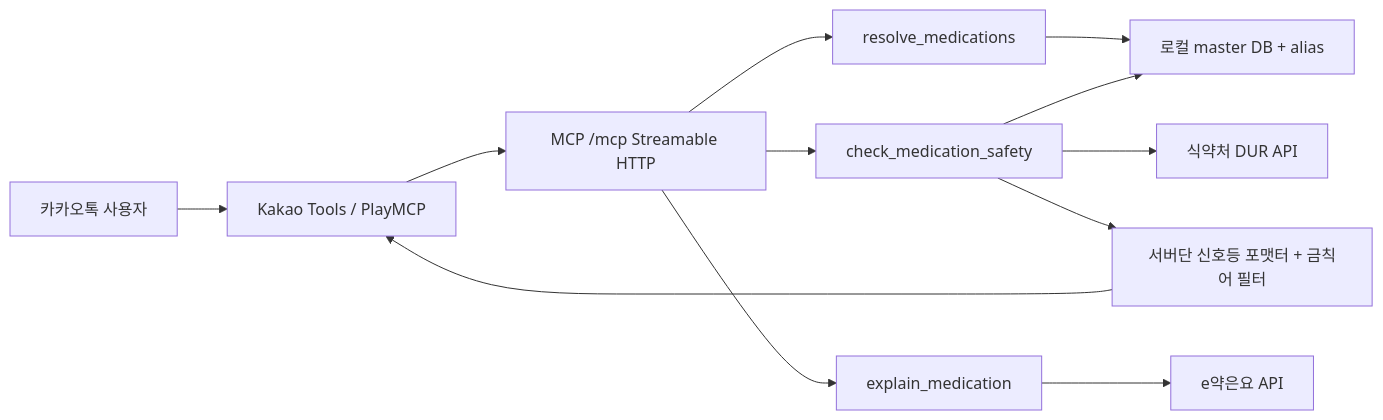
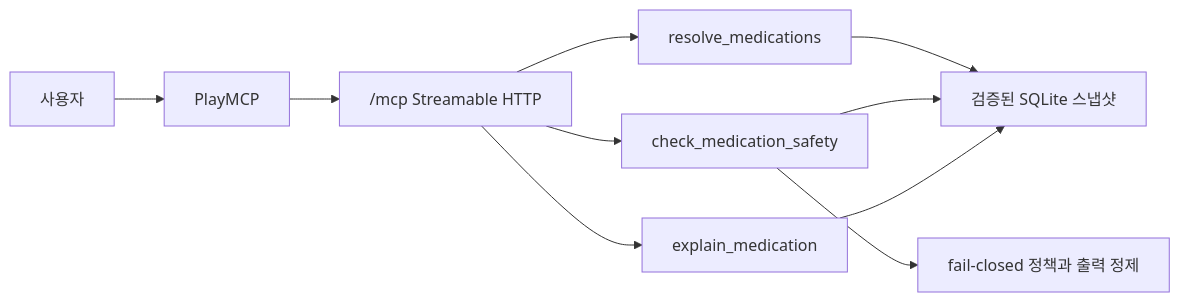
Before and after one commit to SIML-Seo/medsafe-bot: the diagram in design/00-overview.md, drawn with Mermaid. The commit also changed other lines of this file and 74 other files, not shown here.

````diff
--- a/design/00-overview.md
+++ b/design/00-overview.md
@@ -23,14 +9,12 @@
 ```mermaid
 flowchart LR
-  U["카카오톡 사용자"] --> K["Kakao Tools / PlayMCP"]
-  K --> M["MCP /mcp Streamable HTTP"]
+  U["사용자"] --> P["PlayMCP"]
+  P --> M["/mcp Streamable HTTP"]
   M --> R["resolve_medications"]
   M --> C["check_medication_safety"]
   M --> E["explain_medication"]
-  R --> DB["로컬 master DB + alias"]
+  R --> DB["검증된 SQLite 스냅샷"]
   C --> DB
-  C --> DUR["식약처 DUR API"]
-  E --> EASY["e약은요 API"]
-  C --> F["서버단 신호등 포맷터 + 금칙어 필터"]
-  F --> K
+  E --> DB
+  C --> S["fail-closed 정책과 출력 정제"]
 ```
````
